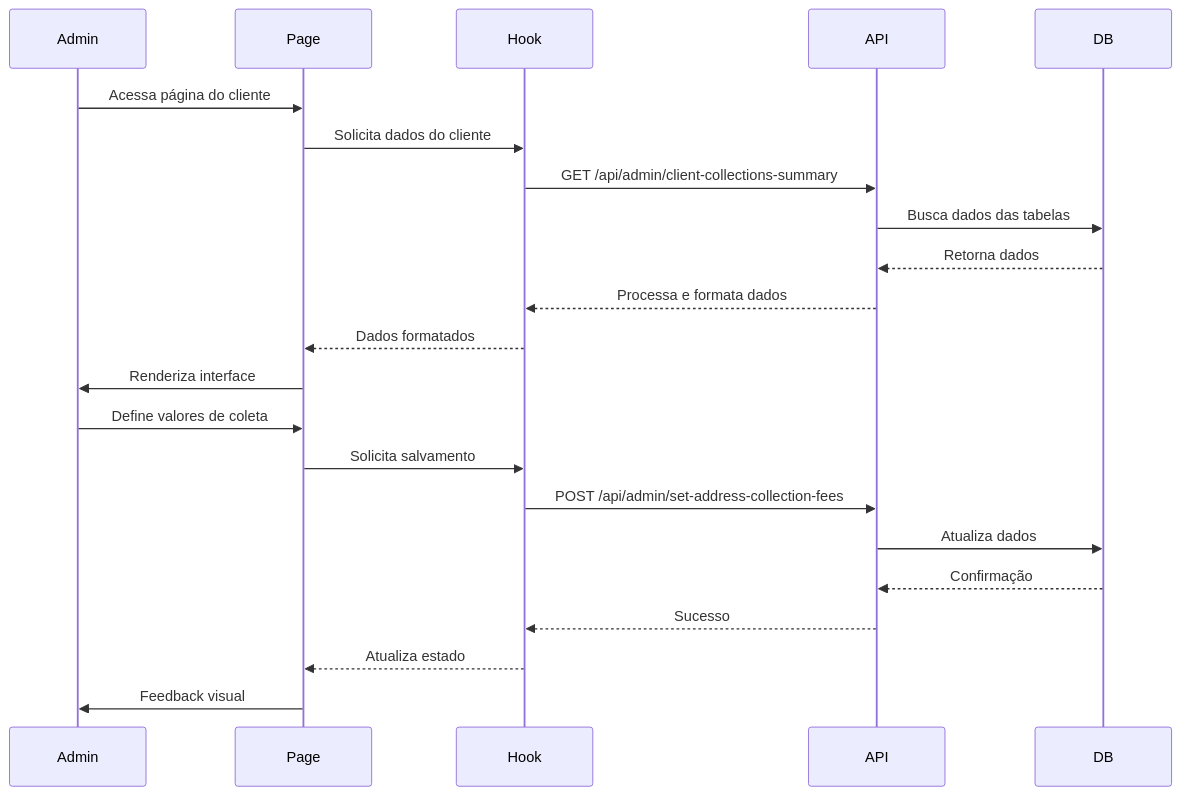
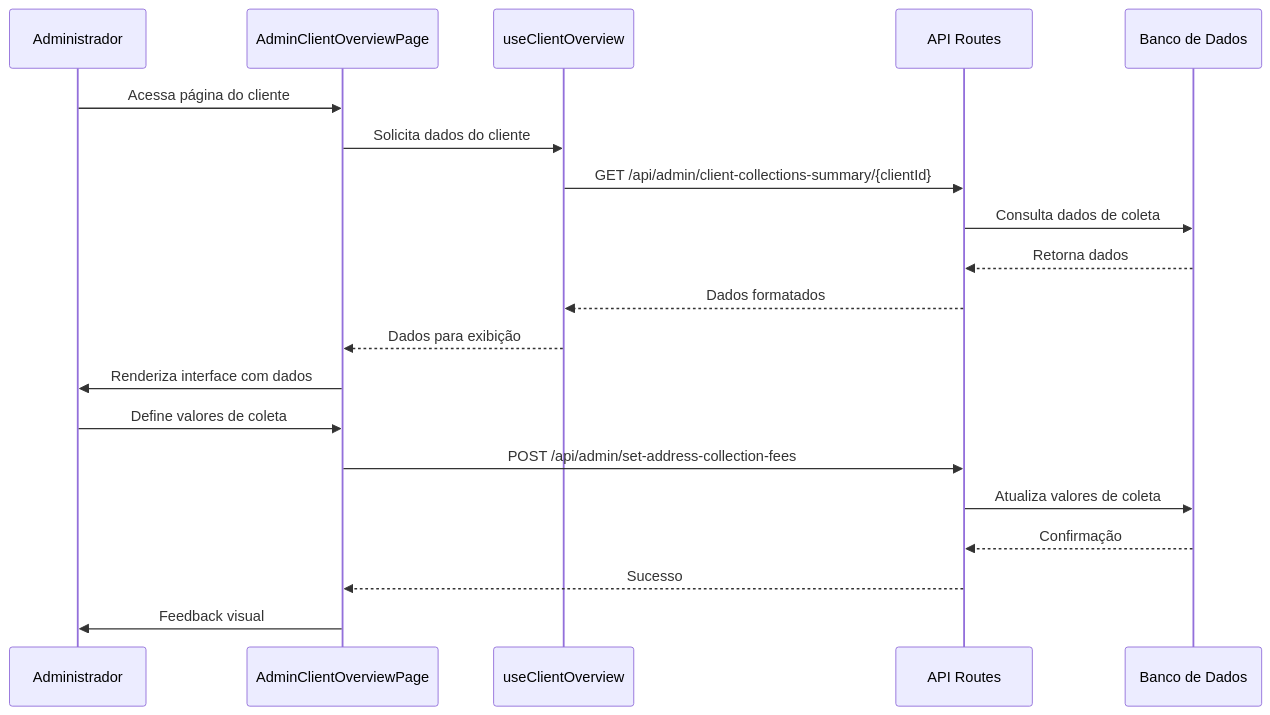
One commit to rafaelbsfarias/proline-homolog changed the second of 2 diagrams in docs/admin-client-overview-full.md. Above: the diagram before and after it, drawn with Mermaid. The commit also changed other lines of this file and 28 other files, not shown here.

````diff
--- a/docs/admin-client-overview-full.md
+++ b/docs/admin-client-overview-full.md
@@ -365,26 +360,24 @@
 ```mermaid
 sequenceDiagram
-    participant Admin
-    participant Page
-    participant Hook
-    participant API
-    participant DB
+    participant Admin as Administrador
+    participant Page as AdminClientOverviewPage
+    participant Hook as useClientOverview
+    participant API as API Routes
+    participant DB as Banco de Dados
     
     Admin->>Page: Acessa página do cliente
     Page->>Hook: Solicita dados do cliente
-    Hook->>API: GET /api/admin/client-collections-summary
-    API->>DB: Busca dados das tabelas
+    Hook->>API: GET /api/admin/client-collections-summary/{clientId}
+    API->>DB: Consulta dados de coleta
     DB-->>API: Retorna dados
-    API-->>Hook: Processa e formata dados
-    Hook-->>Page: Dados formatados
-    Page->>Admin: Renderiza interface
+    API-->>Hook: Dados formatados
+    Hook-->>Page: Dados para exibição
+    Page->>Admin: Renderiza interface com dados
     
     Admin->>Page: Define valores de coleta
-    Page->>Hook: Solicita salvamento
-    Hook->>API: POST /api/admin/set-address-collection-fees
-    API->>DB: Atualiza dados
+    Page->>API: POST /api/admin/set-address-collection-fees
+    API->>DB: Atualiza valores de coleta
     DB-->>API: Confirmação
-    API-->>Hook: Sucesso
-    Hook-->>Page: Atualiza estado
+    API-->>Page: Sucesso
     Page->>Admin: Feedback visual
 ```
````
